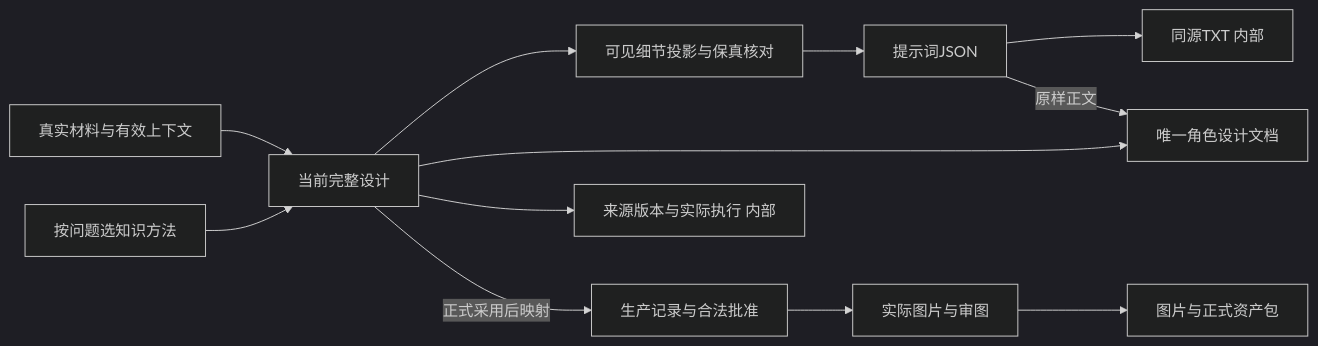
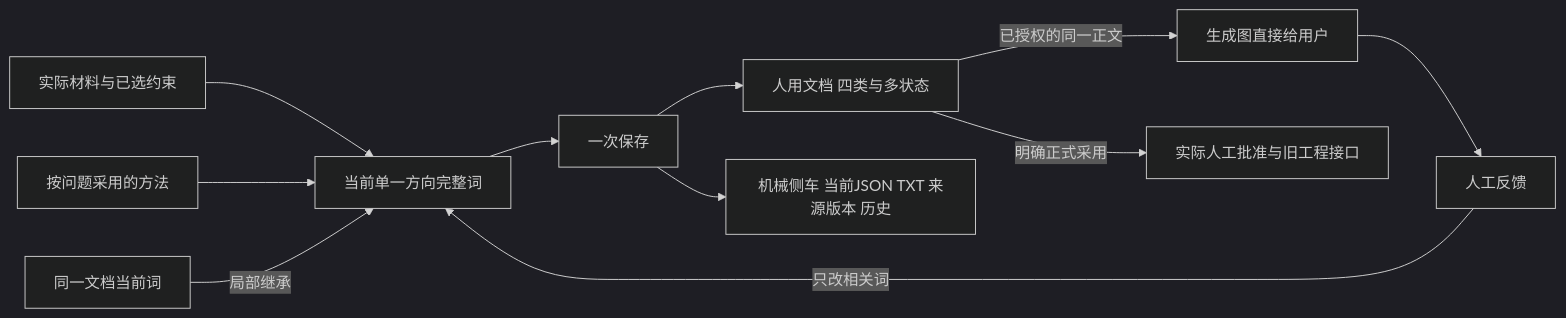
The third of 3 diagrams in character-assets/README.md (kaibaoxiang-studio/ZiChan), drawn with Mermaid (dark theme) before and after one commit. The commit also changed other lines of this file and 71 other files, not shown here.

````diff
--- a/character-assets/README.md
+++ b/character-assets/README.md
@@ -78,14 +73,13 @@
 ```mermaid
 flowchart LR
-  S[真实材料与有效上下文] --> C[当前完整设计]
-  K[按问题选知识方法] --> C
-  C --> V[可见细节投影与保真核对]
-  V --> P[提示词JSON]
-  P --> T[同源TXT 内部]
-  C --> D[唯一角色设计文档]
-  P -->|原样正文| D
-  C --> R[来源版本与实际执行 内部]
-  C -->|正式采用后映射| L[生产记录与合法批准]
-  L --> G[实际图片与审图]
-  G --> O[图片与正式资产包]
+  R[实际材料与已选约束] --> P[当前单一方向完整词]
+  K[按问题采用的方法] --> P
+  O[同一文档当前词] -->|局部继承| P
+  P --> S[一次保存]
+  S --> H[人用文档 四类与多状态]
+  S --> C[机械侧车 当前JSON TXT 来源版本 历史]
+  H -->|已授权的同一正文| I[生成图直接给用户]
+  I --> F[人工反馈]
+  F -->|只改相关词| P
+  H -->|明确正式采用| A[实际人工批准与旧工程接口]
 ```
````
